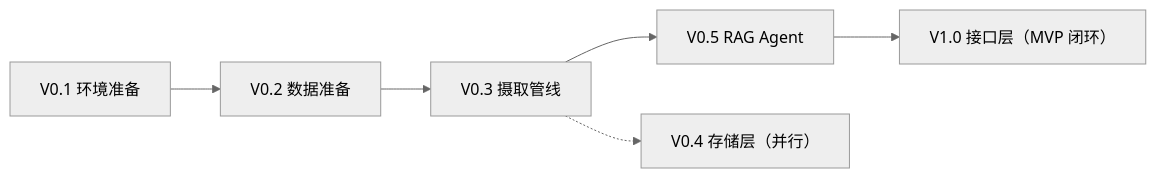
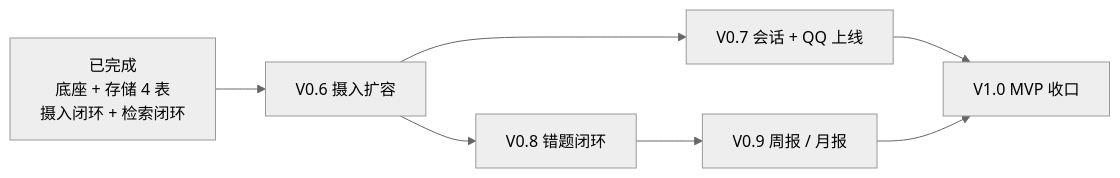
The diagram in CLAUDE.md (ttzc/gaokao_rag), drawn with Mermaid (neutral theme) before and after one commit. The commit also changed other lines of this file and 3 other files, not shown here.

First line of the commit message:
docs: roadmap 按实际时间线重写 + 外部引用版本段同步

````diff
--- a/CLAUDE.md
+++ b/CLAUDE.md
@@ -62,8 +65,9 @@
 ```mermaid
 flowchart LR
-    V01["V0.1 环境准备"] --> V02["V0.2 数据准备"]
-    V02 --> V03["V0.3 摄取管线"]
-    V03 --> V05["V0.5 RAG Agent"]
-    V05 --> V10["V1.0 接口层（MVP 闭环）"]
-    V03 -.-> V04["V0.4 存储层（并行）"]
+    DONE["已完成<br/>底座 + 存储 4 表<br/>摄入闭环 + 检索闭环"] --> V06["V0.6 摄入扩容"]
+    V06 --> V07["V0.7 会话 + QQ 上线"]
+    V06 --> V08["V0.8 错题闭环"]
+    V08 --> V09["V0.9 周报 / 月报"]
+    V07 --> V10["V1.0 MVP 收口"]
+    V09 --> V10
 ```
````
